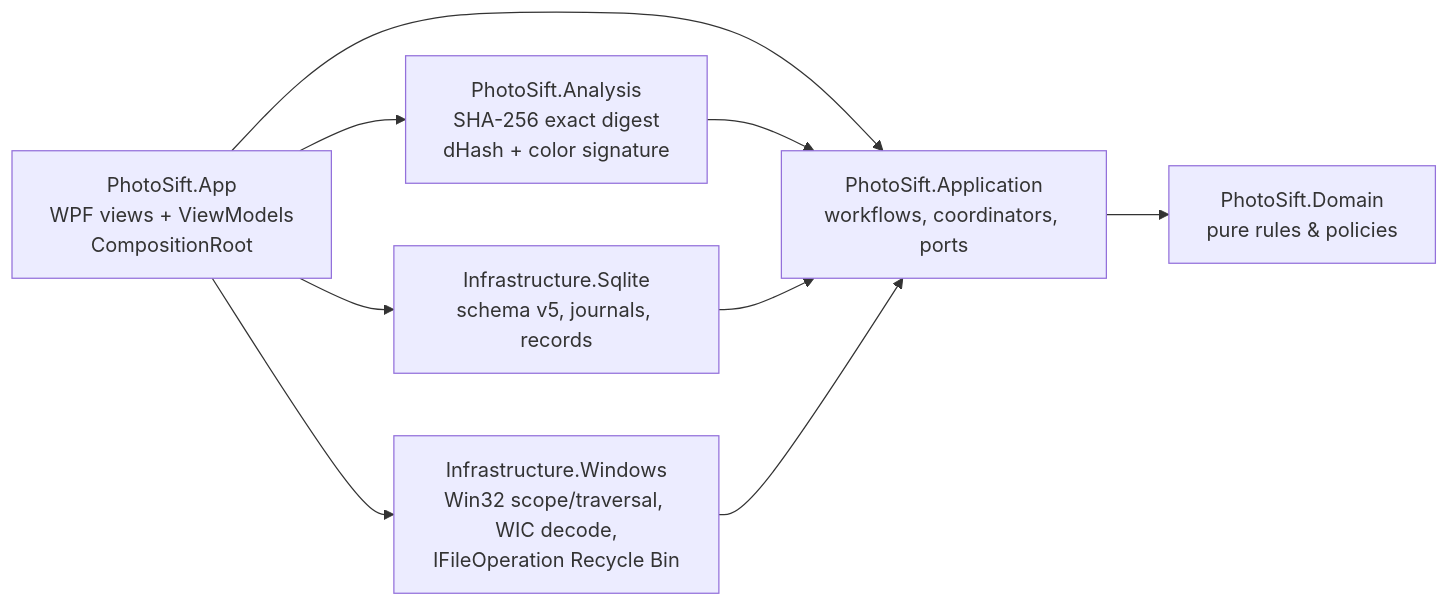
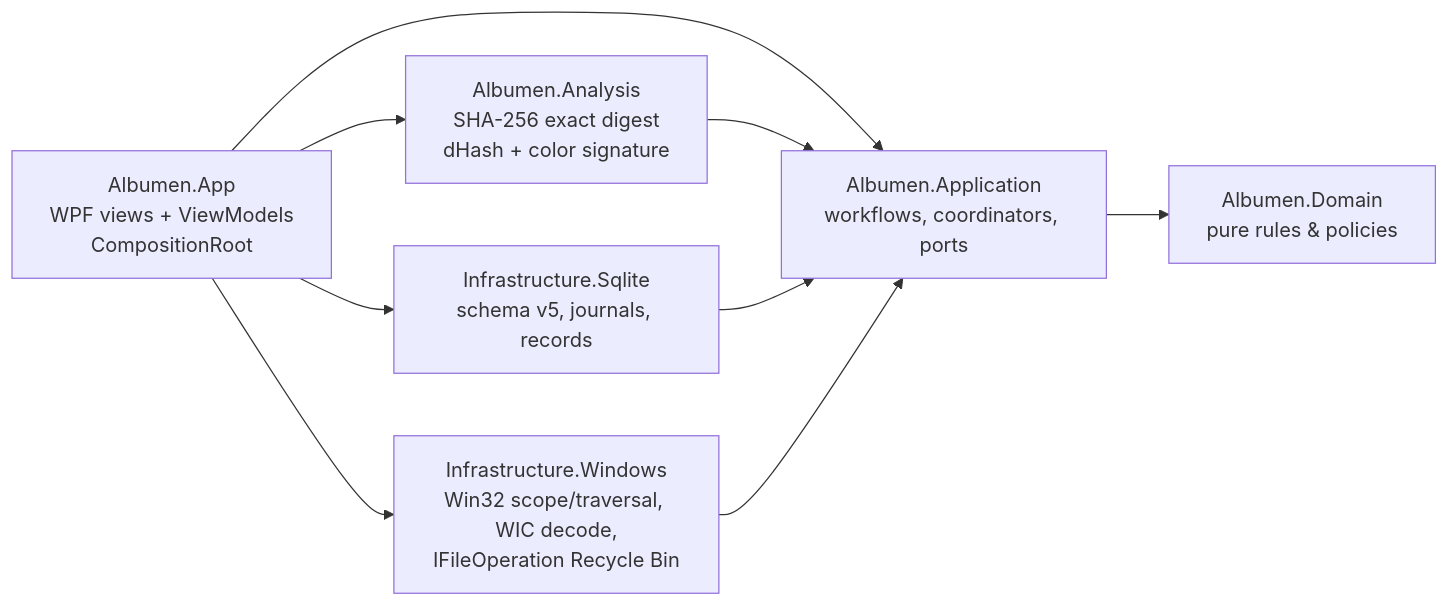
The first of 2 diagrams in docs/HOW-IT-WORKS.md (IgalFridman-dev/Albumen), drawn with Mermaid before and after one commit. The commit also changed other lines of this file and 707 other files, not shown here.

First line of the commit message:
refactor: rename the app from PhotoSift to Albumen

````diff
--- a/docs/HOW-IT-WORKS.md
+++ b/docs/HOW-IT-WORKS.md
@@ -25,11 +25,11 @@
 ```mermaid
 flowchart LR
-  App["PhotoSift.App<br/>WPF views + ViewModels<br/>CompositionRoot"] --> Application
+  App["Albumen.App<br/>WPF views + ViewModels<br/>CompositionRoot"] --> Application
   App --> Analysis
   App --> Sqlite
   App --> Windows
-  Analysis["PhotoSift.Analysis<br/>SHA-256 exact digest<br/>dHash + color signature"] --> Application
+  Analysis["Albumen.Analysis<br/>SHA-256 exact digest<br/>dHash + color signature"] --> Application
   Sqlite["Infrastructure.Sqlite<br/>schema v5, journals, records"] --> Application
   Windows["Infrastructure.Windows<br/>Win32 scope/traversal, WIC decode,<br/>IFileOperation Recycle Bin"] --> Application
-  Application["PhotoSift.Application<br/>workflows, coordinators, ports"] --> Domain["PhotoSift.Domain<br/>pure rules & policies"]
+  Application["Albumen.Application<br/>workflows, coordinators, ports"] --> Domain["Albumen.Domain<br/>pure rules & policies"]
 ```
````
